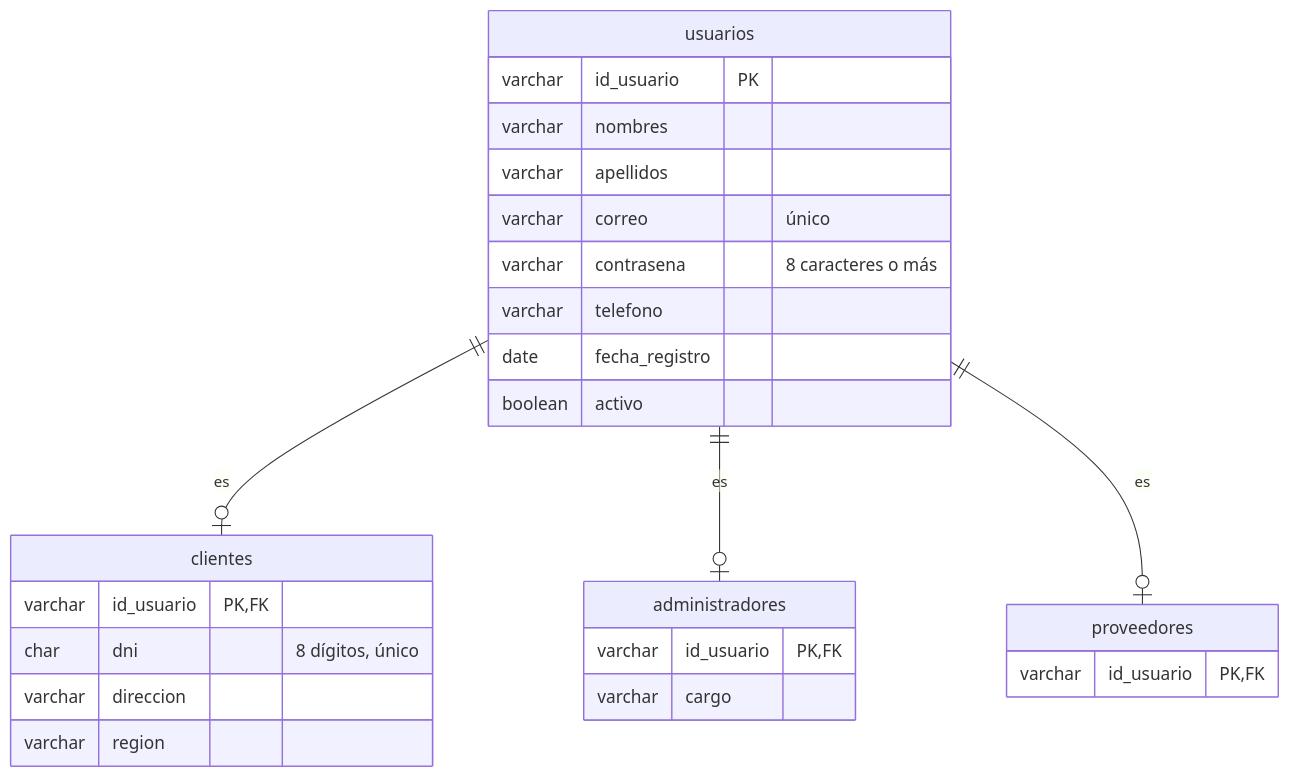
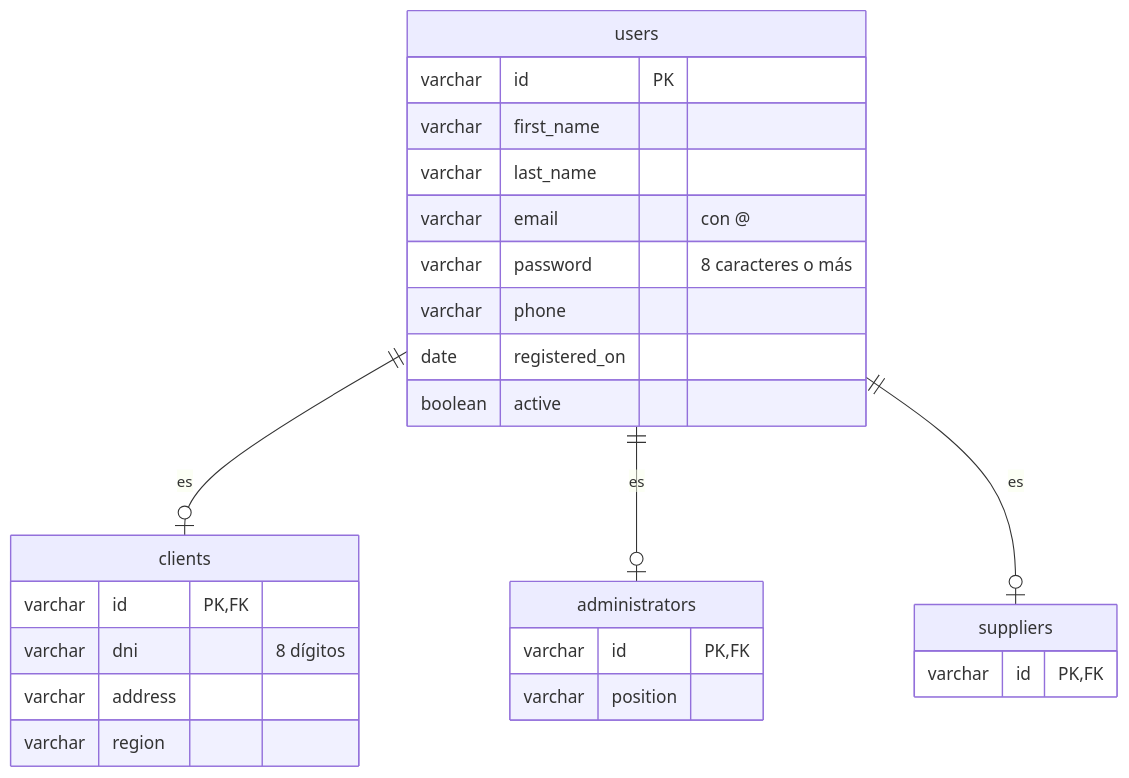
One commit to esteban-abanto-2709/TecnoLink changed the first of 5 diagrams in docs/modelo-datos.md. Above: the diagram before and after it, drawn with Mermaid. The commit also changed other lines of this file and 6 other files, not shown here.

````diff
--- a/docs/modelo-datos.md
+++ b/docs/modelo-datos.md
@@ -14,30 +17,30 @@
 ```mermaid
 erDiagram
-    usuarios ||--o| clientes : "es"
-    usuarios ||--o| administradores : "es"
-    usuarios ||--o| proveedores : "es"
+    users ||--o| clients : "es"
+    users ||--o| administrators : "es"
+    users ||--o| suppliers : "es"
 
-    usuarios {
-        varchar id_usuario PK
-        varchar nombres
-        varchar apellidos
-        varchar correo "único"
-        varchar contrasena "8 caracteres o más"
-        varchar telefono
-        date fecha_registro
-        boolean activo
+    users {
+        varchar id PK
+        varchar first_name
+        varchar last_name
+        varchar email "con @"
+        varchar password "8 caracteres o más"
+        varchar phone
+        date registered_on
+        boolean active
     }
-    clientes {
-        varchar id_usuario PK, FK
-        char dni "8 dígitos, único"
-        varchar direccion
+    clients {
+        varchar id PK, FK
+        varchar dni "8 dígitos"
+        varchar address
         varchar region
     }
-    administradores {
-        varchar id_usuario PK, FK
-        varchar cargo
+    administrators {
+        varchar id PK, FK
+        varchar position
     }
-    proveedores {
-        varchar id_usuario PK, FK
+    suppliers {
+        varchar id PK, FK
     }
 ```
````
